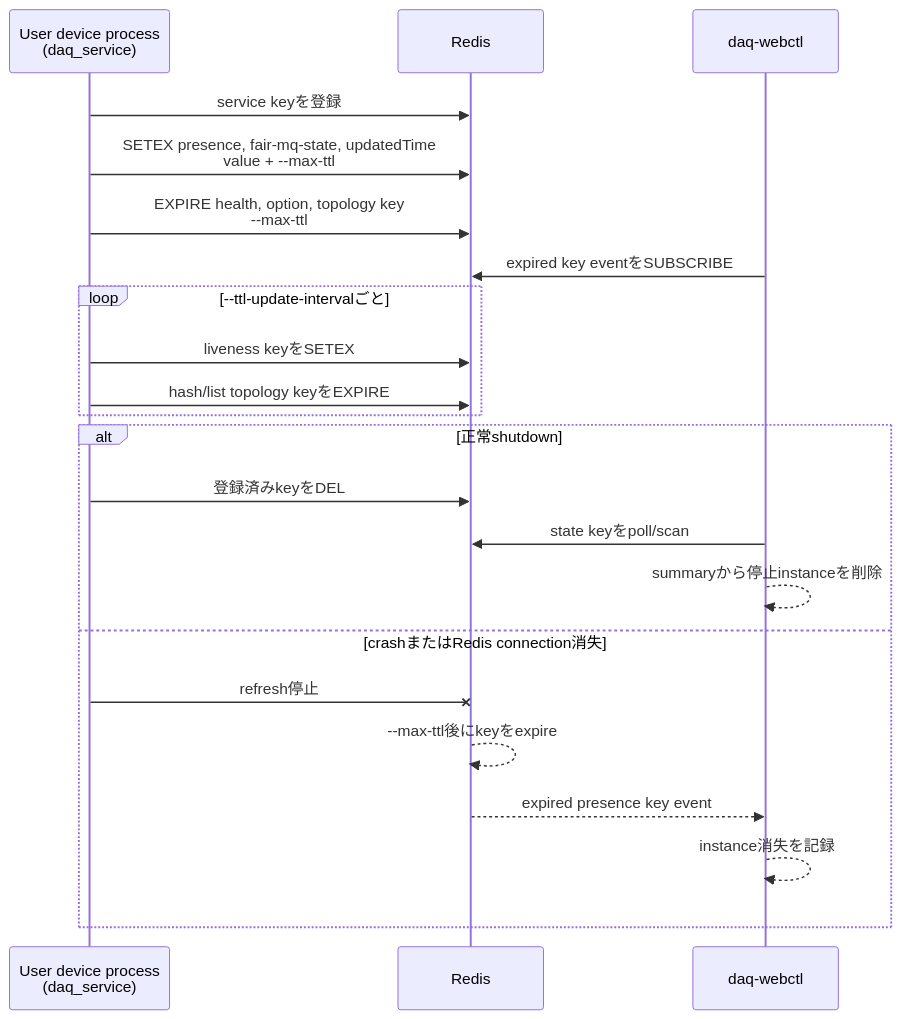
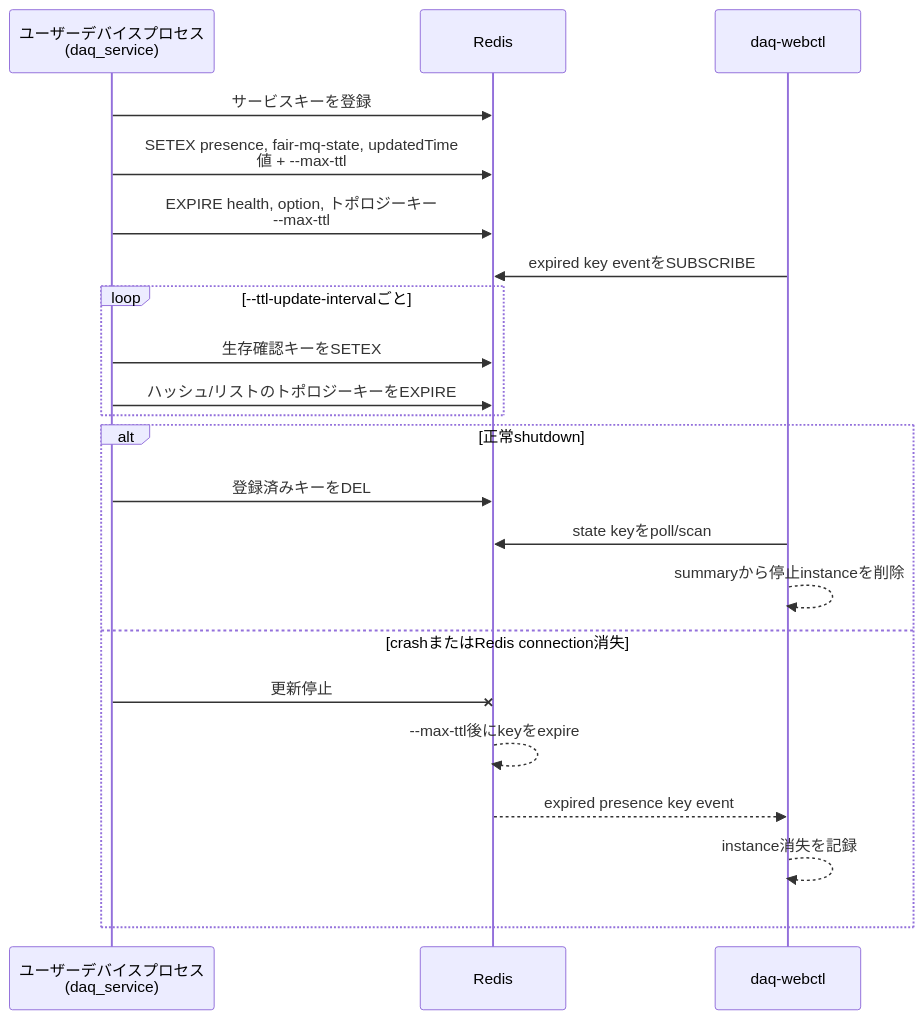
One commit to tntakahashi/nestdaq changed the third of 3 diagrams in plugins/README.ja.md. Above: the diagram before and after it, drawn with Mermaid. The commit also changed other lines of this file and 15 other files, not shown here.

````diff
--- a/plugins/README.ja.md
+++ b/plugins/README.ja.md
@@ -475,25 +475,25 @@
 ```mermaid
 sequenceDiagram
-  participant Device as User device process<br/> (daq_service)
+  participant Device as ユーザーデバイスプロセス<br/>(daq_service)
   participant Redis as Redis
   participant WebCtl as daq-webctl
 
-  Device->>Redis: service keyを登録
-  Device->>Redis: SETEX presence, fair-mq-state, updatedTime<br/>value + --max-ttl
-  Device->>Redis: EXPIRE health, option, topology key<br/>--max-ttl
+  Device->>Redis: サービスキーを登録
+  Device->>Redis: SETEX presence, fair-mq-state, updatedTime<br/>値 + --max-ttl
+  Device->>Redis: EXPIRE health, option, トポロジーキー<br/>--max-ttl
   WebCtl->>Redis: expired key eventをSUBSCRIBE
   loop --ttl-update-intervalごと
-    Device->>Redis: liveness keyをSETEX
-    Device->>Redis: hash/list topology keyをEXPIRE
+    Device->>Redis: 生存確認キーをSETEX
+    Device->>Redis: ハッシュ/リストのトポロジーキーをEXPIRE
   end
   alt 正常shutdown
-    Device->>Redis: 登録済みkeyをDEL
+    Device->>Redis: 登録済みキーをDEL
     WebCtl->>Redis: state keyをpoll/scan
     WebCtl-->>WebCtl: summaryから停止instanceを削除
   else crashまたはRedis connection消失
-    Device-xRedis: refresh停止
+    Device-xRedis: 更新停止
     Redis-->>Redis: --max-ttl後にkeyをexpire
     Redis-->>WebCtl: expired presence key event
     WebCtl-->>WebCtl: instance消失を記録
   end
 ```
````
